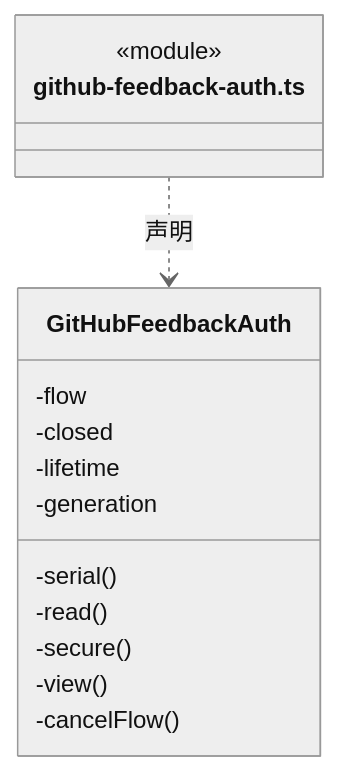
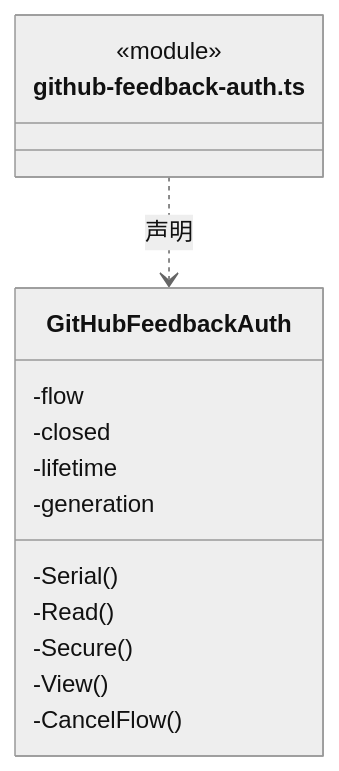
One commit to nan023062/cbim changed the fifth of 9 diagrams in src/logic/feedback/service/ARCHITECTURE.md. Above: the diagram before and after it, drawn with Mermaid (neutral theme). The commit also changed other lines of this file and 1035 other files, not shown here.

````diff
--- a/src/logic/feedback/service/ARCHITECTURE.md
+++ b/src/logic/feedback/service/ARCHITECTURE.md
@@ -121,18 +121,18 @@
 ```mermaid
 classDiagram
 class N_src_logic_feedback_service_github_feedback_auth_ts["github-feedback-auth.ts"] {
   <<module>>
 }
 class N_src_logic_feedback_service_github_feedback_auth_ts_GitHubFeedbackAuth["GitHubFeedbackAuth"] {
   -flow
   -closed
   -lifetime
   -generation
-  -serial()
-  -read()
-  -secure()
-  -view()
-  -cancelFlow()
+  -Serial()
+  -Read()
+  -Secure()
+  -View()
+  -CancelFlow()
 }
 N_src_logic_feedback_service_github_feedback_auth_ts ..> N_src_logic_feedback_service_github_feedback_auth_ts_GitHubFeedbackAuth : 声明
 ```
````
